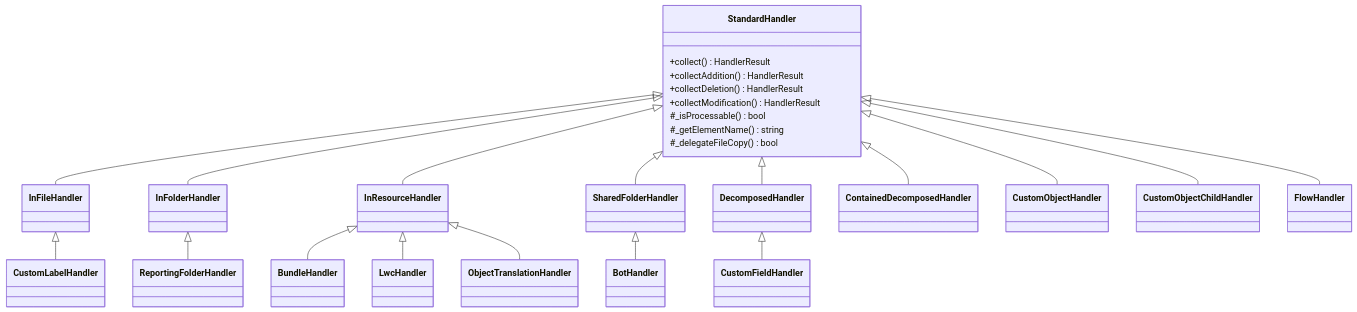
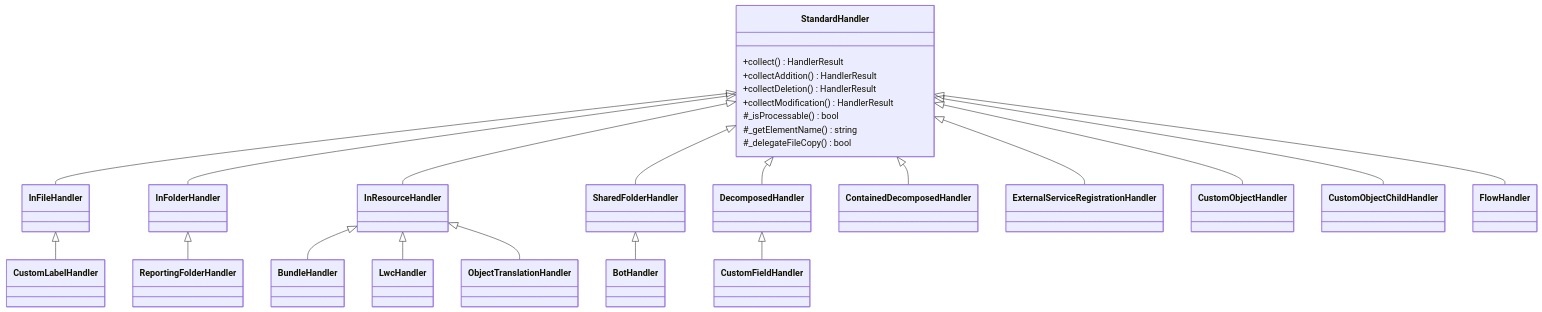
The fourth of 5 diagrams in DESIGN.md (scolladon/sfdx-git-delta), drawn with Mermaid before and after one commit. The commit also changed other lines of this file and 18 other files, not shown here.

Commit message:
fix(esr): include decomposed schema yaml changes in the delta (#1481)

````diff
--- a/DESIGN.md
+++ b/DESIGN.md
@@ -190,30 +190,31 @@
 ```mermaid
 classDiagram
     class StandardHandler {
         +collect() HandlerResult
         +collectAddition() HandlerResult
         +collectDeletion() HandlerResult
         +collectModification() HandlerResult
         #_isProcessable() bool
         #_getElementName() string
         #_delegateFileCopy() bool
     }
 
     StandardHandler <|-- InFileHandler
     StandardHandler <|-- InFolderHandler
     StandardHandler <|-- InResourceHandler
     StandardHandler <|-- SharedFolderHandler
     StandardHandler <|-- DecomposedHandler
     StandardHandler <|-- ContainedDecomposedHandler
+    StandardHandler <|-- ExternalServiceRegistrationHandler
     StandardHandler <|-- CustomObjectHandler
     StandardHandler <|-- CustomObjectChildHandler
     StandardHandler <|-- FlowHandler
 
     InFileHandler <|-- CustomLabelHandler
     InFolderHandler <|-- ReportingFolderHandler
     InResourceHandler <|-- BundleHandler
     InResourceHandler <|-- LwcHandler
     InResourceHandler <|-- ObjectTranslationHandler
     SharedFolderHandler <|-- BotHandler
     DecomposedHandler <|-- CustomFieldHandler
 ```
````
